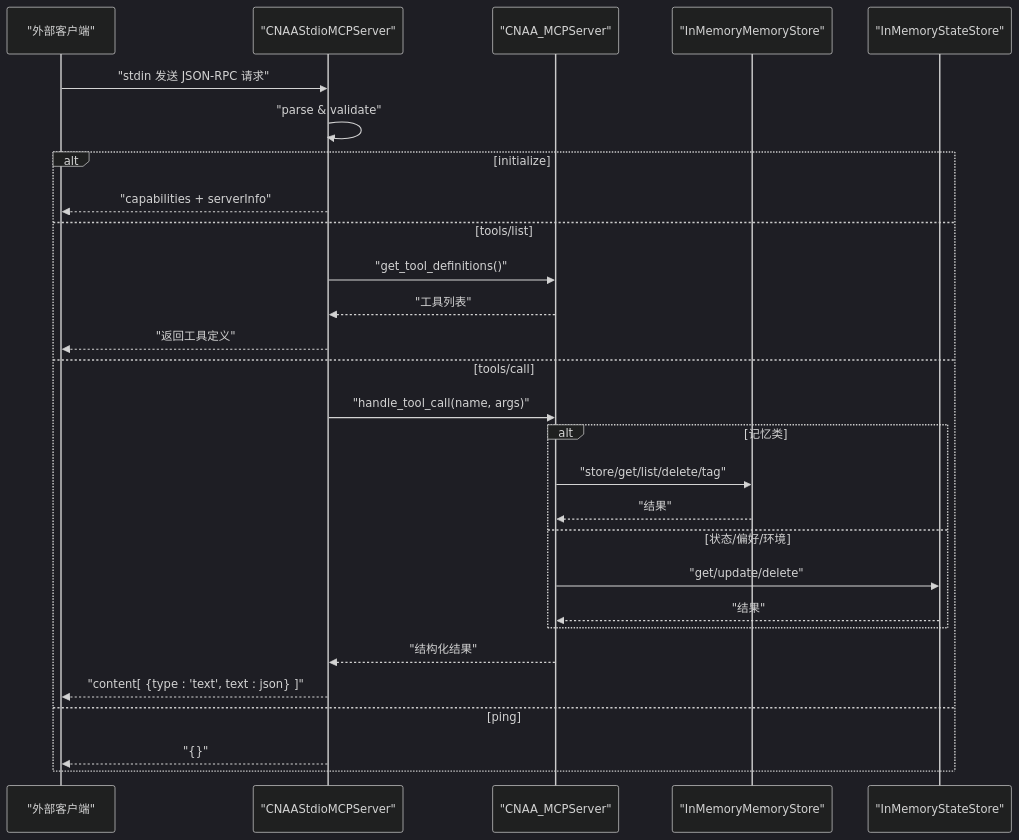
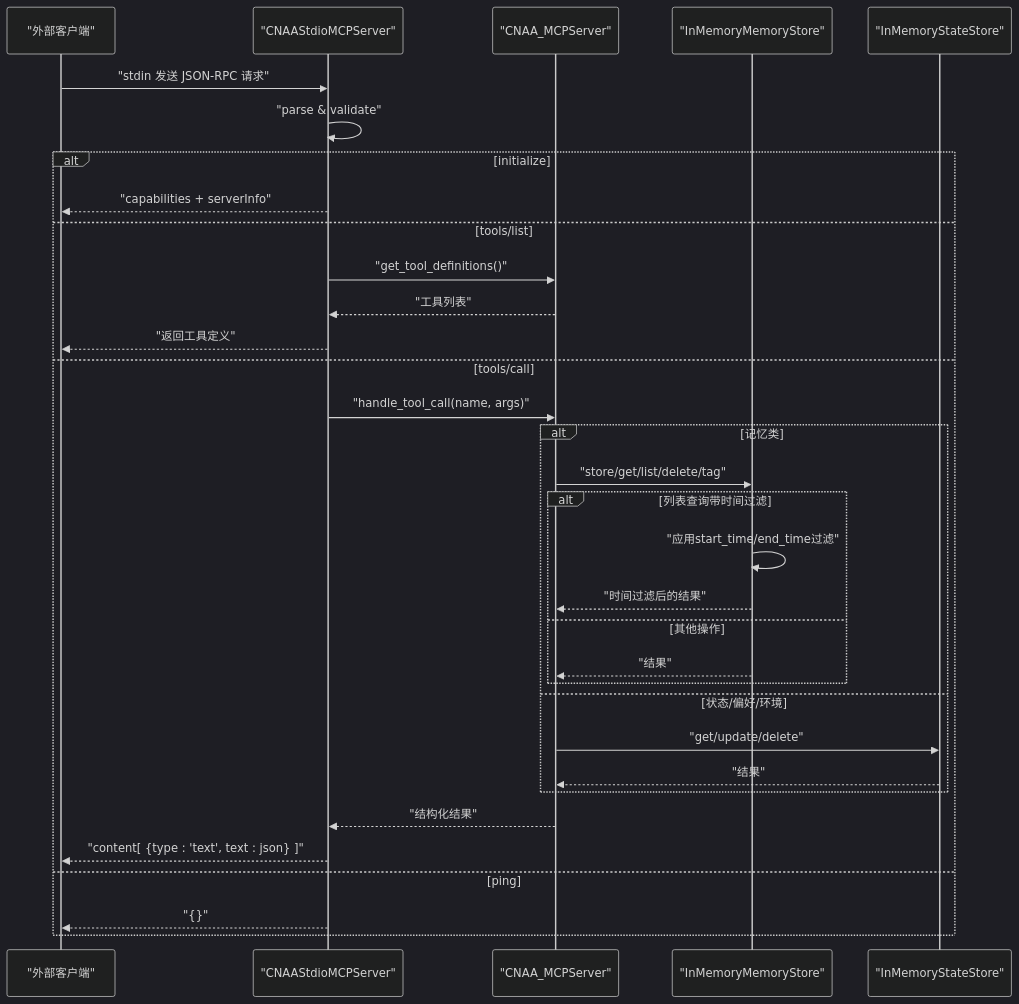
The second of 6 diagrams in .qoder/repowiki/zh/content/架构设计/通信协议设计/MCP Stdio服务器.md (lgx236/CNAA-Cloud-Native-Agent-Architecture-), drawn with Mermaid (dark theme) before and after one commit. The commit also changed other lines of this file and 98 other files, not shown here.

Commit message:
feat: Add cloud-local distributed architecture configuration & deployment docs

````diff
--- a/.qoder/repowiki/zh/content/架构设计/通信协议设计/MCP Stdio服务器.md
+++ b/.qoder/repowiki/zh/content/架构设计/通信协议设计/MCP Stdio服务器.md
@@ -123,30 +143,35 @@
 ```mermaid
 sequenceDiagram
 participant Client as "外部客户端"
 participant Stdio as "CNAAStdioMCPServer"
 participant MCP as "CNAA_MCPServer"
 participant Mem as "InMemoryMemoryStore"
 participant State as "InMemoryStateStore"
 Client->>Stdio : "stdin 发送 JSON-RPC 请求"
 Stdio->>Stdio : "parse & validate"
 alt initialize
 Stdio-->>Client : "capabilities + serverInfo"
 else tools/list
 Stdio->>MCP : "get_tool_definitions()"
 MCP-->>Stdio : "工具列表"
 Stdio-->>Client : "返回工具定义"
 else tools/call
 Stdio->>MCP : "handle_tool_call(name, args)"
 alt 记忆类
 MCP->>Mem : "store/get/list/delete/tag"
+alt 列表查询带时间过滤
+Mem->>Mem : "应用start_time/end_time过滤"
+Mem-->>MCP : "时间过滤后的结果"
+else 其他操作
 Mem-->>MCP : "结果"
+end
 else 状态/偏好/环境
 MCP->>State : "get/update/delete"
 State-->>MCP : "结果"
 end
 MCP-->>Stdio : "结构化结果"
 Stdio-->>Client : "content[ {type : 'text', text : json} ]"
 else ping
 Stdio-->>Client : "{}"
 end
 ```
````
